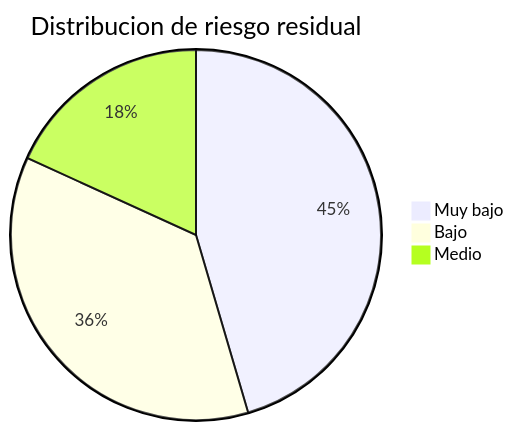
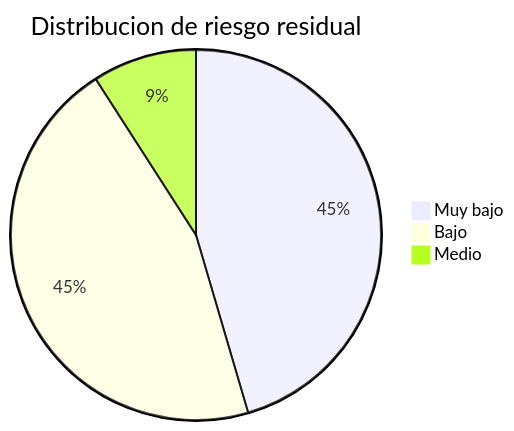
One commit to jorgej-ramos/AAVP changed diagram 14 of 14 in PROTOCOL.md. Above: the diagram before and after it, drawn with Mermaid. The commit also changed other lines of this file and 2 other files, not shown here.

````diff
--- a/PROTOCOL.md
+++ b/PROTOCOL.md
@@ -507,6 +673,6 @@
 ```mermaid
 pie title Distribucion de riesgo residual
     "Muy bajo" : 5
-    "Bajo" : 4
-    "Medio" : 2
+    "Bajo" : 5
+    "Medio" : 1
 ```
````
